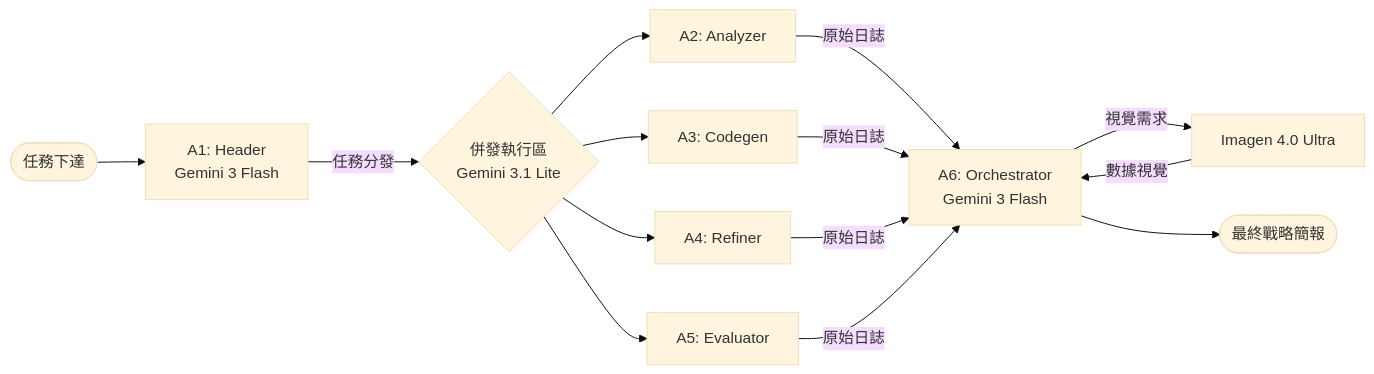
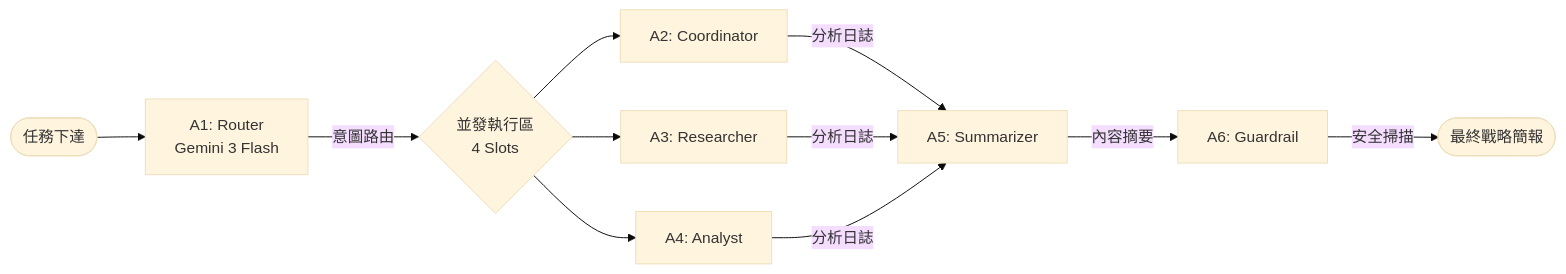
One commit to benitorhuang-svg/Astra-Zenith-Streaming changed the diagram in docs/MODELS_SPEC.md. Above: the diagram before and after it, drawn with Mermaid (base theme). The commit also changed other lines of this file and 65 other files, not shown here.

Commit message:
feat: implement core architecture, identity management, and service-oriented backend structure for Astra Zenith Streaming.

````diff
--- a/docs/MODELS_SPEC.md
+++ b/docs/MODELS_SPEC.md
@@ -43,13 +43,11 @@
 ```mermaid
 graph LR
-    User([任務下達]) --> A1[A1: Header\nGemini 3 Flash]
-    A1 -- 任務分發 --> Worker{併發執行區\nGemini 3.1 Lite}
-    Worker --> A2[A2: Analyzer]
-    Worker --> A3[A3: Codegen]
-    Worker --> A4[A4: Refiner]
-    Worker --> A5[A5: Evaluator]
-    A2 & A3 & A4 & A5 -- 原始日誌 --> A6[A6: Orchestrator\nGemini 3 Flash]
-    A6 -- 視覺需求 --> Img[Imagen 4.0 Ultra]
-    Img -- 數據視覺 --> A6
-    A6 --> UI([最終戰略簡報])
+    User([任務下達]) --> A1[A1: Router\nGemini 3 Flash]
+    A1 -- 意圖路由 --> Worker{並發執行區\n4 Slots}
+    Worker --> A2[A2: Coordinator]
+    Worker --> A3[A3: Researcher]
+    Worker --> A4[A4: Analyst]
+    A2 & A3 & A4 -- 分析日誌 --> A5[A5: Summarizer]
+    A5 -- 內容摘要 --> A6[A6: Guardrail]
+    A6 -- 安全掃描 --> UI([最終戰略簡報])
 ```
````
